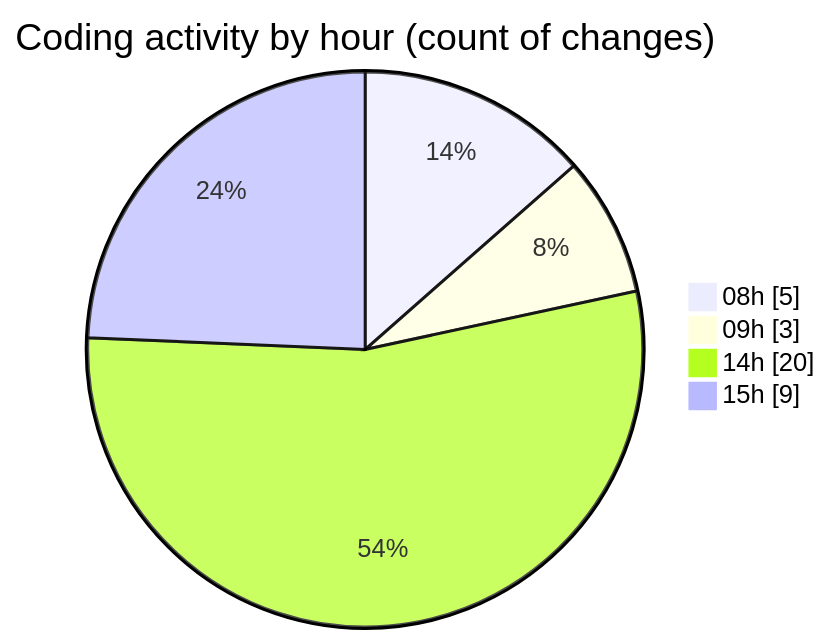
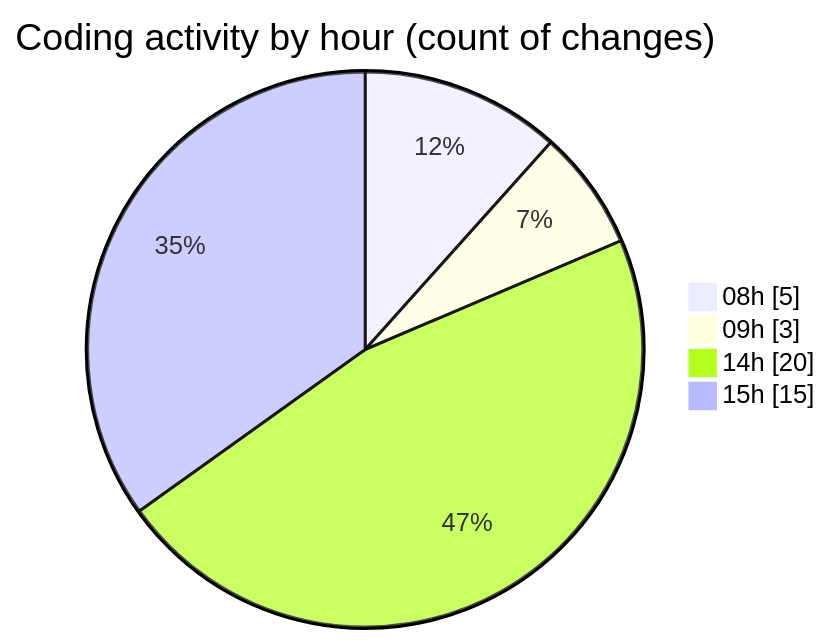
The second of 2 diagrams in 2026-08-31/web/README.md (LanceThiago/code-tracking), drawn with Mermaid before and after one commit. The commit also changed other lines of this file and 1 other file, not shown here.

````diff
--- a/2026-08-31/web/README.md
+++ b/2026-08-31/web/README.md
@@ -32,8 +34,8 @@
 ```mermaid
 pie showData
 title Coding activity by hour (count of changes)
 "08h" : 5
 "09h" : 3
 "14h" : 20
-"15h" : 9
+"15h" : 15
 ```
````
